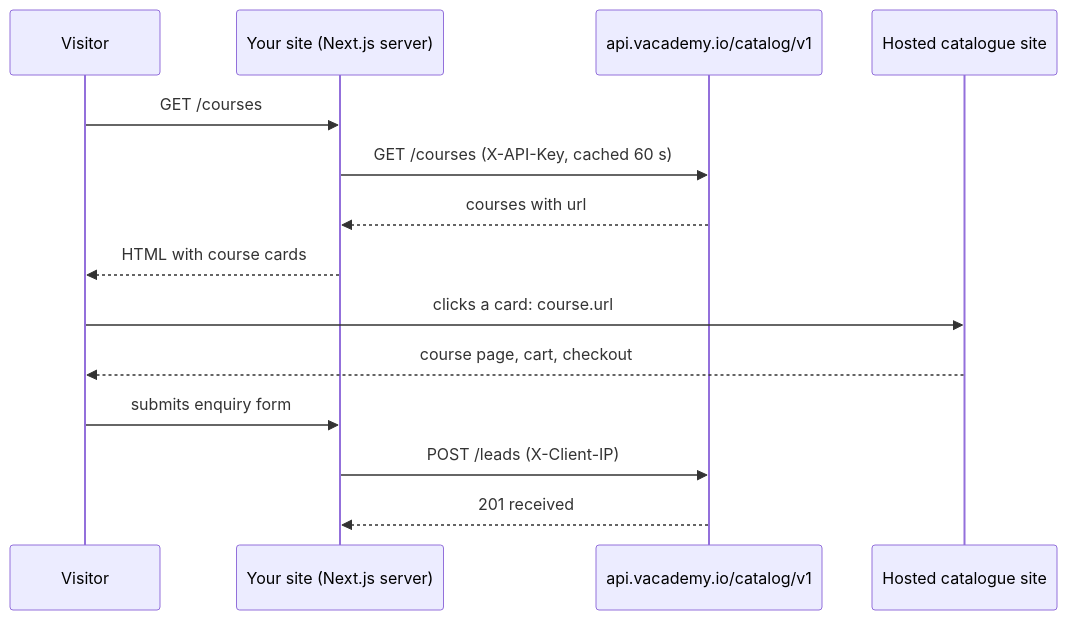
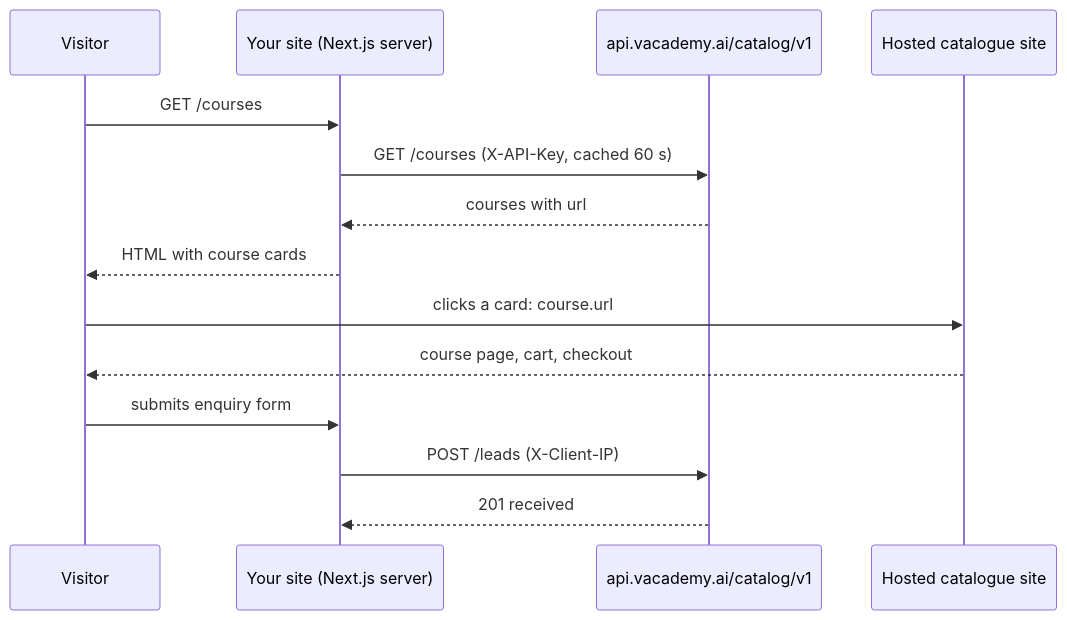
Before and after one commit to Vacademy-io/vacademy_platform: the diagram in vacademy-docs/introduction.mdx, drawn with Mermaid. The commit also changed other lines of this file and 12 other files, not shown here.

First line of the commit message:
chore(catalog-api): public host is api.vacademy.ai; docs on Mintlify

````diff
--- a/vacademy-docs/introduction.mdx
+++ b/vacademy-docs/introduction.mdx
@@ -18,16 +18,16 @@
 ```mermaid
 sequenceDiagram
     participant V as Visitor
     participant S as Your site (Next.js server)
-    participant API as api.vacademy.io/catalog/v1
+    participant API as api.vacademy.ai/catalog/v1
     participant H as Hosted catalogue site
     V->>S: GET /courses
     S->>API: GET /courses (X-API-Key, cached 60 s)
     API-->>S: courses with url
     S-->>V: HTML with course cards
     V->>H: clicks a card: course.url
     H-->>V: course page, cart, checkout
     V->>S: submits enquiry form
     S->>API: POST /leads (X-Client-IP)
     API-->>S: 201 received
 ```
````
